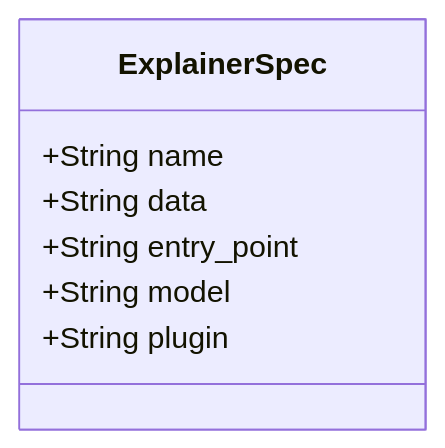
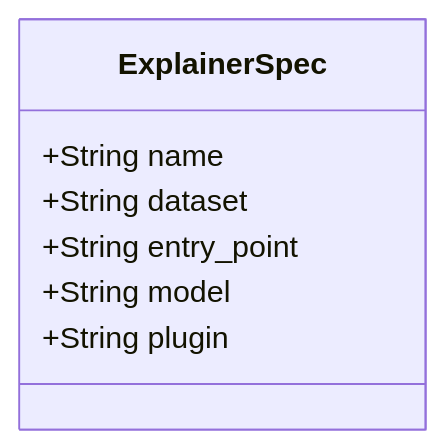
Before and after one commit to intel/intel-xai-tools: the second of 3 diagrams in docs/design/index.md, drawn with Mermaid. The commit also changed other lines of this file and 4 other files, not shown here.

````diff
--- a/docs/design/index.md
+++ b/docs/design/index.md
@@ -248,12 +248,12 @@
 ```{mermaid}
 :caption: "ExplainerSpec"
 
 classDiagram
     class ExplainerSpec
     ExplainerSpec: +String name
-    ExplainerSpec: +String data 
+    ExplainerSpec: +String dataset
     ExplainerSpec: +String entry_point
     ExplainerSpec: +String model
     ExplainerSpec: +String plugin
 
 ```
````
